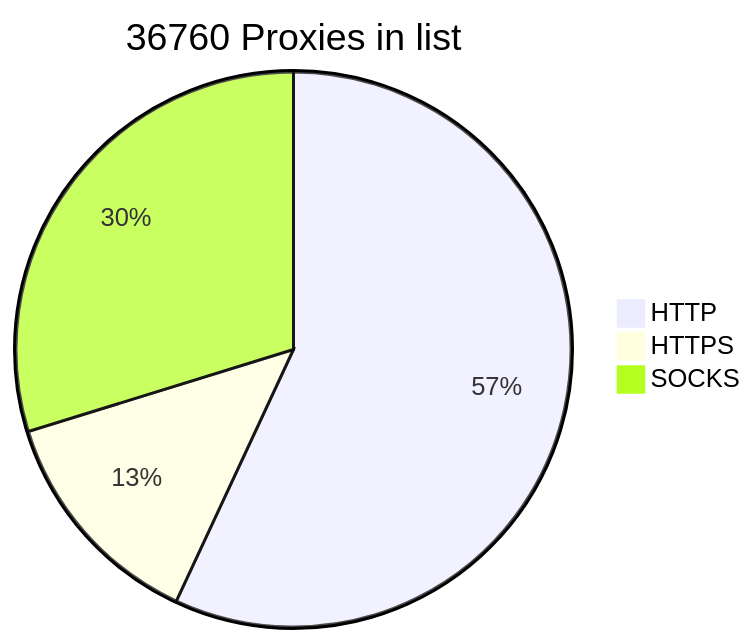
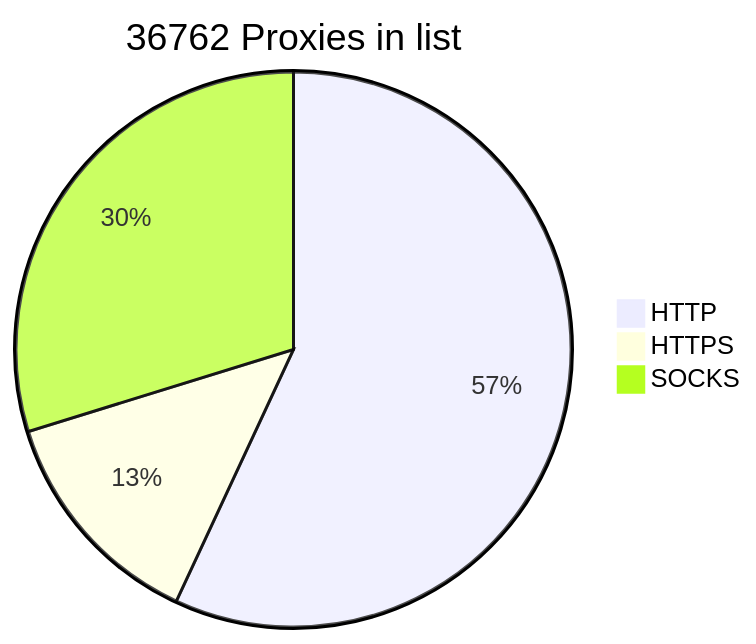
One commit to BlackSnowDot/proxylist-update-every-minute changed the diagram in README.md. Above: the diagram before and after it, drawn with Mermaid.

````diff
--- a/README.md
+++ b/README.md
@@ -2,6 +2,6 @@
 ```mermaid
-pie title 36760 Proxies in list
+pie title 36762 Proxies in list
     "HTTP" : 23266
     "HTTPS": 5431
-    "SOCKS" : 12165
+    "SOCKS" : 12167
 ```
````
